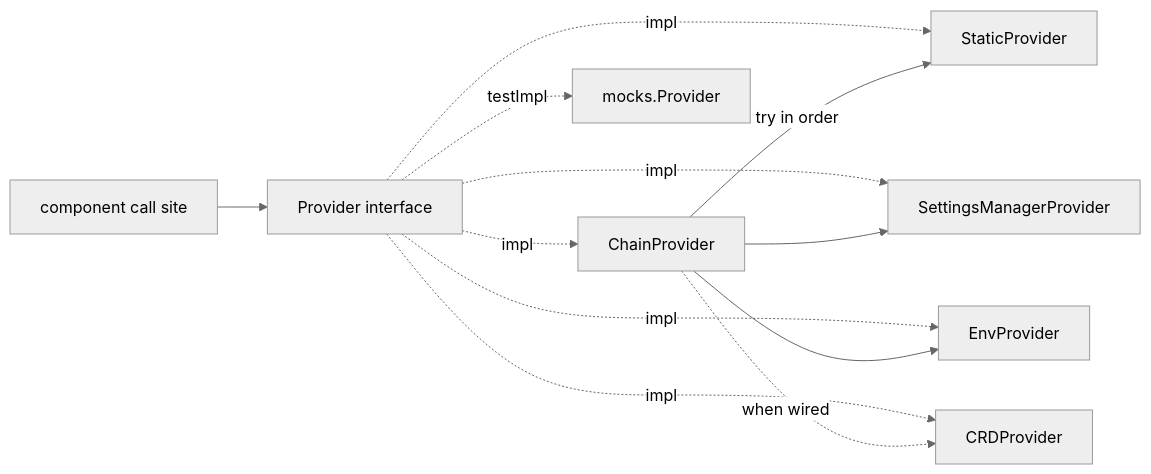
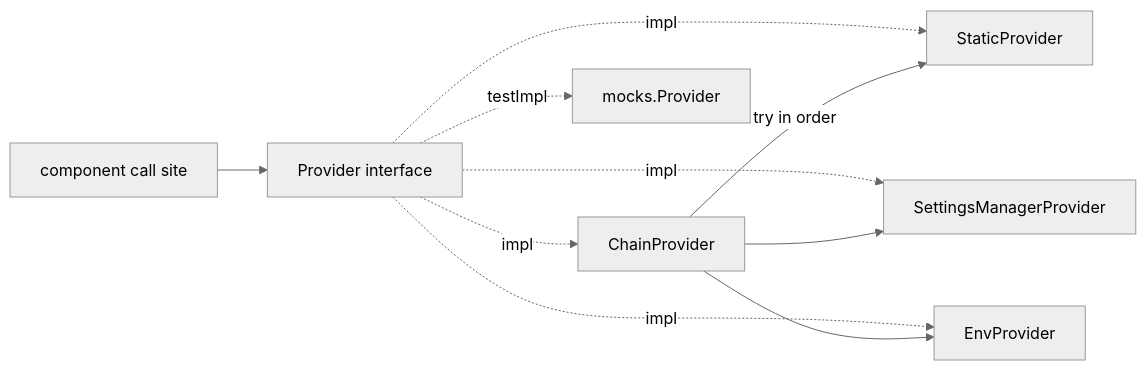
The diagram in docs/developer-guide/architecture/configbus.md (argoproj/argo-cd), drawn with Mermaid (neutral theme) before and after one commit. The commit also changed other lines of this file and 9 other files, not shown here.

````diff
--- a/docs/developer-guide/architecture/configbus.md
+++ b/docs/developer-guide/architecture/configbus.md
@@ -53,14 +53,12 @@
 ```mermaid
 flowchart LR
   consumer["component call site"] --> P["Provider interface"]
   P -.impl.-> Chain[ChainProvider]
   P -.impl.-> Static[StaticProvider]
   P -.impl.-> SM[SettingsManagerProvider]
   P -.impl.-> Env[EnvProvider]
-  P -.impl.-> CRD[CRDProvider]
   P -.testImpl.-> Mock["mocks.Provider"]
   Chain -->|"try in order"| Static
   Chain --> SM
   Chain --> Env
-  Chain -.->|"when wired"| CRD
 ```
````
